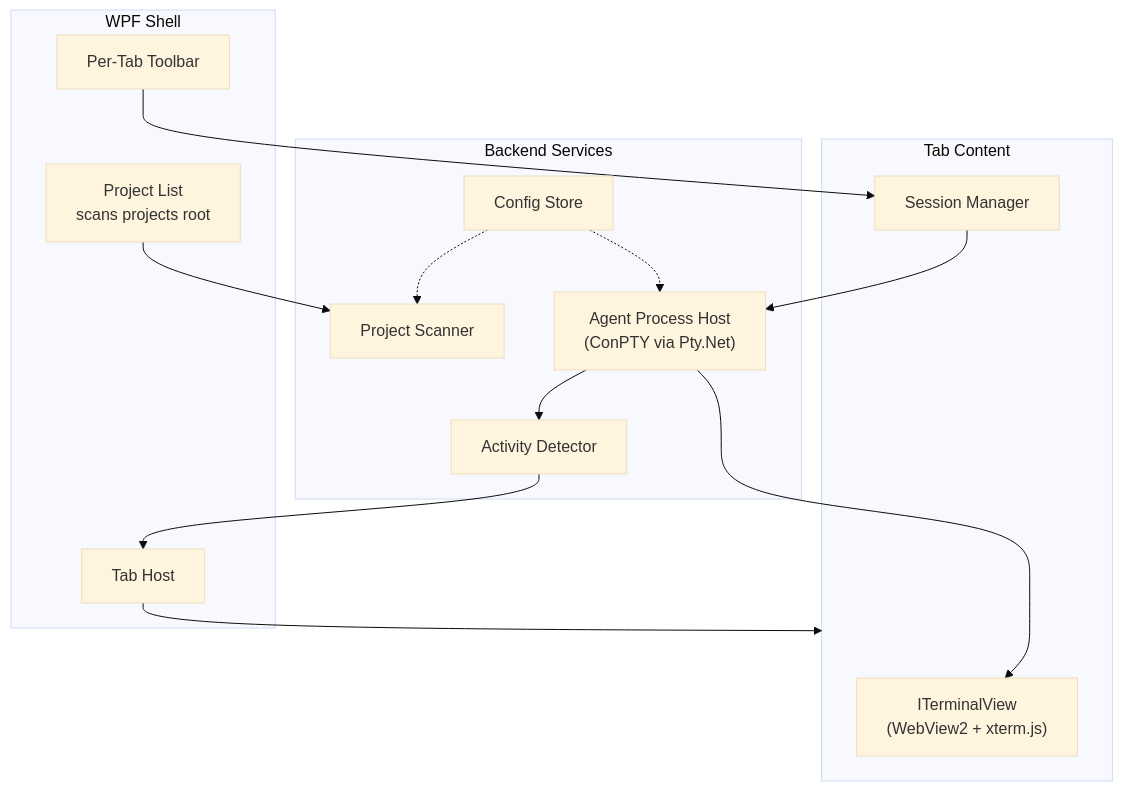
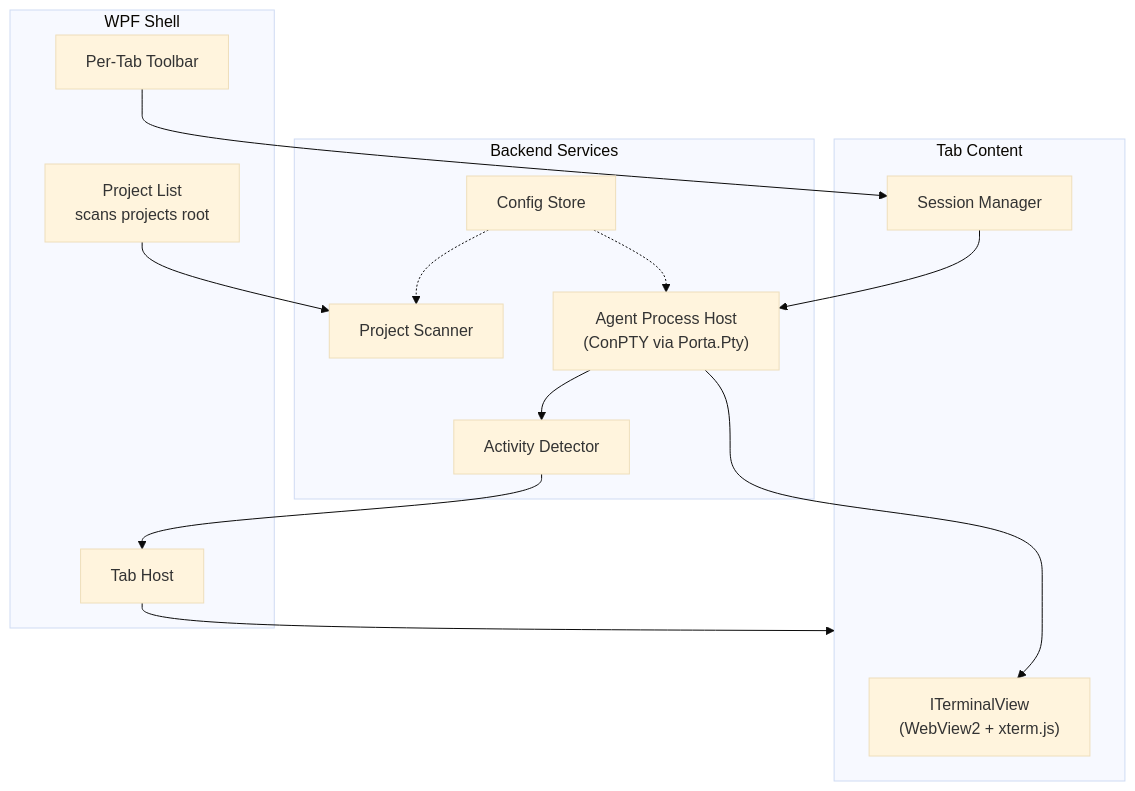
Before and after one commit to chloe-dream/firepit-ai: the first of 5 diagrams in SPEC.md, drawn with Mermaid (base theme). The commit also changed other lines of this file and 14 other files, not shown here.

````diff
--- a/SPEC.md
+++ b/SPEC.md
@@ -106,30 +108,30 @@
 ```mermaid
 flowchart TB
     subgraph Shell[" WPF Shell "]
         ProjectList[Project List<br/>scans projects root]
         TabHost[Tab Host]
         Toolbar[Per-Tab Toolbar]
     end
 
     subgraph TabContent[" Tab Content "]
         TerminalView["ITerminalView<br/>(WebView2 + xterm.js)"]
         SessionMgr[Session Manager]
     end
 
     subgraph Backend[" Backend Services "]
         ProjectScanner[Project Scanner]
-        ProcessHost["Agent Process Host<br/>(ConPTY via Pty.Net)"]
+        ProcessHost["Agent Process Host<br/>(ConPTY via Porta.Pty)"]
         ActivityDetector[Activity Detector]
         ConfigStore[Config Store]
     end
 
     ProjectList --> ProjectScanner
     TabHost --> TabContent
     Toolbar --> SessionMgr
     SessionMgr --> ProcessHost
     ProcessHost --> TerminalView
     ProcessHost --> ActivityDetector
     ActivityDetector --> TabHost
     ConfigStore -.-> ProjectScanner
     ConfigStore -.-> ProcessHost
 ```
````
